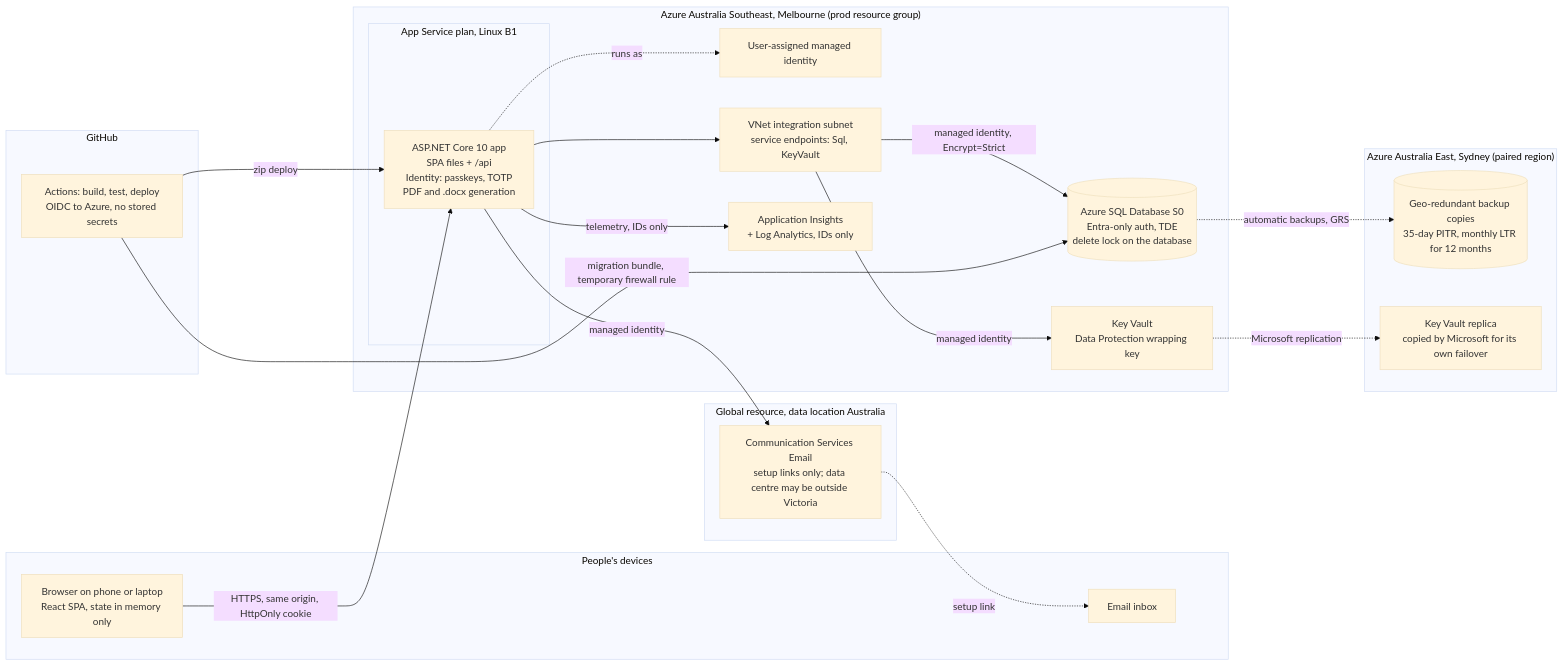
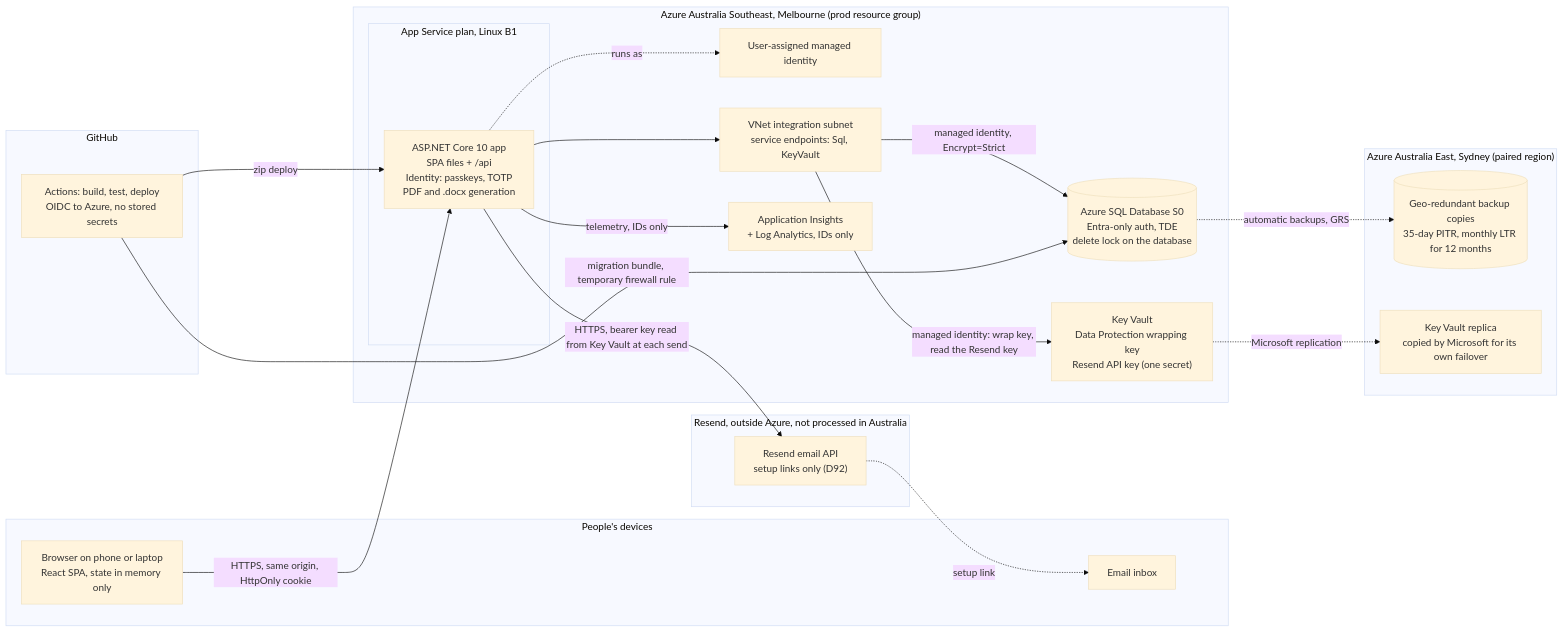
The second of 2 diagrams in design/design.md (Lethabarb/grow2notes), drawn with Mermaid (base theme) before and after one commit. The commit also changed other lines of this file and 45 other files, not shown here.

````diff
--- a/design/design.md
+++ b/design/design.md
@@ -1489,44 +1489,44 @@
 ```mermaid
 flowchart LR
     subgraph DEV["People's devices"]
         BROWSER["Browser on phone or laptop<br/>React SPA, state in memory only"]
         INBOX["Email inbox"]
     end
 
     subgraph AUSE["Azure Australia Southeast, Melbourne (prod resource group)"]
         subgraph PLAN["App Service plan, Linux B1"]
             APP["ASP.NET Core 10 app<br/>SPA files + /api<br/>Identity: passkeys, TOTP<br/>PDF and .docx generation"]
         end
         UAMI["User-assigned managed identity"]
         SUBNET["VNet integration subnet<br/>service endpoints: Sql, KeyVault"]
         SQL[("Azure SQL Database S0<br/>Entra-only auth, TDE<br/>delete lock on the database")]
-        KV["Key Vault<br/>Data Protection wrapping key"]
+        KV["Key Vault<br/>Data Protection wrapping key<br/>Resend API key (one secret)"]
         MON["Application Insights<br/>+ Log Analytics, IDs only"]
     end
 
-    subgraph GLOBAL["Global resource, data location Australia"]
-        ACS["Communication Services Email<br/>setup links only; data centre may be outside Victoria"]
+    subgraph RESEND_G["Resend, outside Azure, not processed in Australia"]
+        RESEND["Resend email API<br/>setup links only (D92)"]
     end
 
     subgraph AUE["Azure Australia East, Sydney (paired region)"]
         GEO[("Geo-redundant backup copies<br/>35-day PITR, monthly LTR for 12 months")]
         KVREP["Key Vault replica<br/>copied by Microsoft for its own failover"]
     end
 
     subgraph GH["GitHub"]
         ACTIONS["Actions: build, test, deploy<br/>OIDC to Azure, no stored secrets"]
     end
 
     BROWSER -->|"HTTPS, same origin, HttpOnly cookie"| APP
     APP -.->|"runs as"| UAMI
     APP --> SUBNET
     SUBNET -->|"managed identity, Encrypt=Strict"| SQL
-    SUBNET -->|"managed identity"| KV
-    APP -->|"managed identity"| ACS
-    ACS -.->|"setup link"| INBOX
+    SUBNET -->|"managed identity: wrap key, read the Resend key"| KV
+    APP -->|"HTTPS, bearer key read from Key Vault at each send"| RESEND
+    RESEND -.->|"setup link"| INBOX
     APP -->|"telemetry, IDs only"| MON
     SQL -.->|"automatic backups, GRS"| GEO
     KV -.->|"Microsoft replication"| KVREP
     ACTIONS -->|"zip deploy"| APP
     ACTIONS -->|"migration bundle, temporary firewall rule"| SQL
 ```
````
